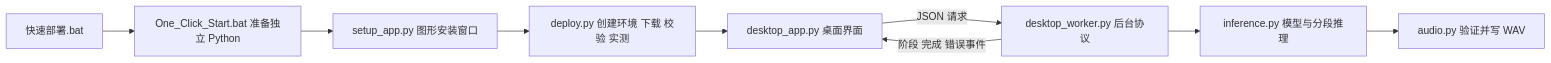
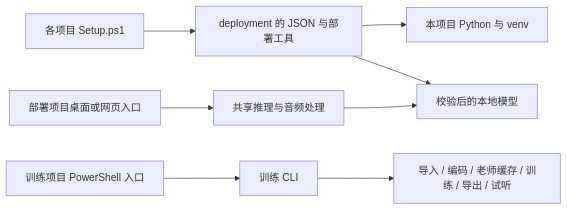
The diagram in README.md (aaf12329/Voince_Clone), drawn with Mermaid before and after one commit. The commit also changed other lines of this file and 107 other files, not shown here.

````diff
--- a/README.md
+++ b/README.md
@@ -126,11 +33,10 @@
 ```mermaid
 flowchart LR
-    A[快速部署.bat] --> B[One_Click_Start.bat 准备独立 Python]
-    B --> C[setup_app.py 图形安装窗口]
-    C --> D[deploy.py 创建环境 下载 校验 实测]
-    D --> E[desktop_app.py 桌面界面]
-    E -->|JSON 请求| F[desktop_worker.py 后台协议]
-    F --> G[inference.py 模型与分段推理]
-    G --> H[audio.py 验证并写 WAV]
-    F -->|阶段 完成 错误事件| E
+    A[各项目 Setup.ps1] --> B[deployment 的 JSON 与部署工具]
+    B --> C[本项目 Python 与 venv]
+    B --> D[校验后的本地模型]
+    E[部署项目桌面或网页入口] --> F[共享推理与音频处理]
+    F --> D
+    G[训练项目 PowerShell 入口] --> H[训练 CLI]
+    H --> I[导入 / 编码 / 老师缓存 / 训练 / 导出 / 试听]
 ```
````
